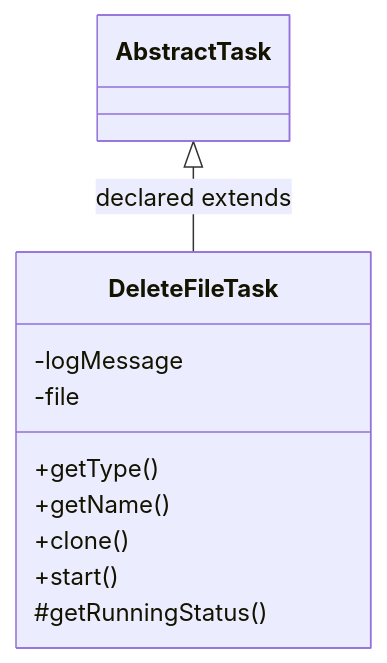
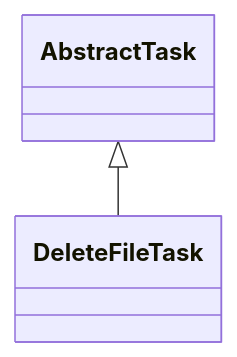
One commit to haruperi/HaruQuantAI changed the diagram in docs/sqx/CustomProjects/TaskDeleteFile.md. Above: the diagram before and after it, drawn with Mermaid. The commit also changed other lines of this file and 1688 other files, not shown here.

````diff
--- a/docs/sqx/CustomProjects/TaskDeleteFile.md
+++ b/docs/sqx/CustomProjects/TaskDeleteFile.md
@@ -30,14 +26,6 @@
 ```mermaid
 classDiagram
-    class Cf43518e16b9e["DeleteFileTask"] {
-        -logMessage
-        -file
-        +getType()
-        +getName()
-        +clone()
-        +start()
-        #getRunningStatus()
-    }
-    class Ce44d386802cb["AbstractTask"]
-    Ce44d386802cb <|-- Cf43518e16b9e : declared extends
+    class C0["DeleteFileTask"]
+    class E0["AbstractTask"]
+    E0 <|-- C0
 ```
````
